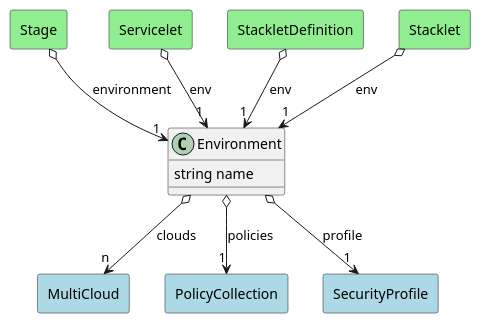
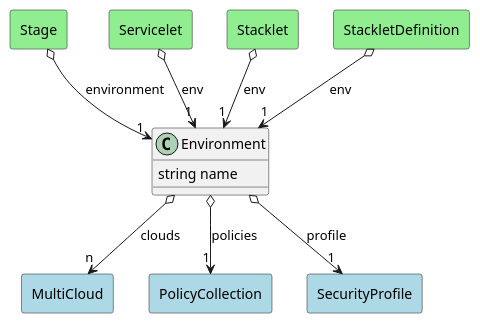
One commit to madajaju/edgemere changed the diagram in docs/edgemere/aml/ds/em/models/environment/logical.puml. Above: the diagram before and after it, drawn with PlantUML. The commit also changed other lines of this file and 72 other files, not shown here.

Commit message:
Added preliminary workflows the architecture

```diff
--- a/docs/edgemere/aml/ds/em/models/environment/logical.puml
+++ b/docs/edgemere/aml/ds/em/models/environment/logical.puml
@@ -1,50 +1,50 @@
 @startuml
 
 class "Environment" as Model {
  string name
 
  
 }
 
 rectangle "MultiCloud" as MultiCloud #lightblue {
 }
 
 Model o--> "n" MultiCloud : clouds
 
 
 rectangle "PolicyCollection" as PolicyCollection #lightblue {
 }
 
 Model o--> "1" PolicyCollection : policies
 
 
 rectangle "SecurityProfile" as SecurityProfile #lightblue {
 }
 
 Model o--> "1" SecurityProfile : profile
 
 
 
 
     rectangle "Stage" as Stage #lightgreen {
     }
     
         Stage   o--> "1" Model : "environment"
     
     rectangle "Servicelet" as Servicelet #lightgreen {
     }
     
         Servicelet   o--> "1" Model : "env"
     
+    rectangle "Stacklet" as Stacklet #lightgreen {
+    }
+    
+        Stacklet   o--> "1" Model : "env"
+    
     rectangle "StackletDefinition" as StackletDefinition #lightgreen {
     }
     
         StackletDefinition   o--> "1" Model : "env"
     
-    rectangle "Stacklet" as Stacklet #lightgreen {
-    }
-    
-        Stacklet   o--> "1" Model : "env"
-    
 
 @enduml
```
